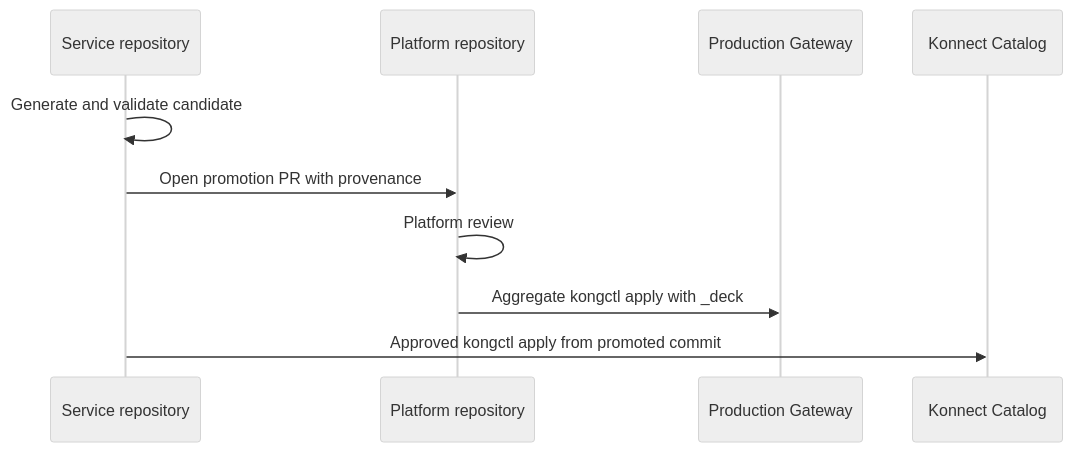
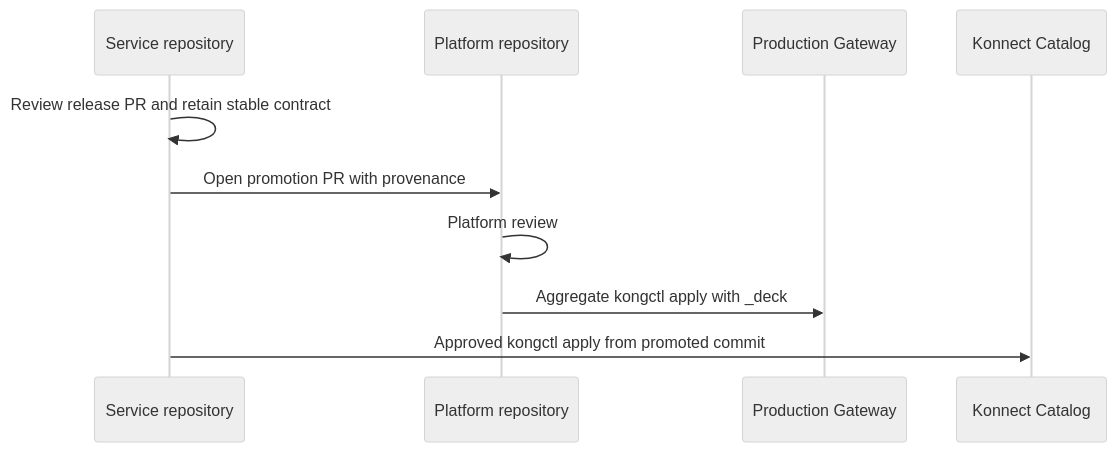
One commit to Kong/developer.konghq.com changed the diagram in app/konnect-reference-platform/apiops.md. Above: the diagram before and after it, drawn with Mermaid (neutral theme). The commit also changed other lines of this file and 4 other files, not shown here.

Commit message:
docs: document versioned API release flow

```diff
--- a/app/konnect-reference-platform/apiops.md
+++ b/app/konnect-reference-platform/apiops.md
@@ -101,12 +124,12 @@
 {% mermaid %}
 sequenceDiagram
   participant S as Service repository
   participant P as Platform repository
   participant G as Production Gateway
   participant C as Konnect Catalog
-  S->>S: Generate and validate candidate
+  S->>S: Review release PR and retain stable contract
   S->>P: Open promotion PR with provenance
   P->>P: Platform review
   P->>G: Aggregate kongctl apply with _deck
   S->>C: Approved kongctl apply from promoted commit
 {% endmermaid %}
```
